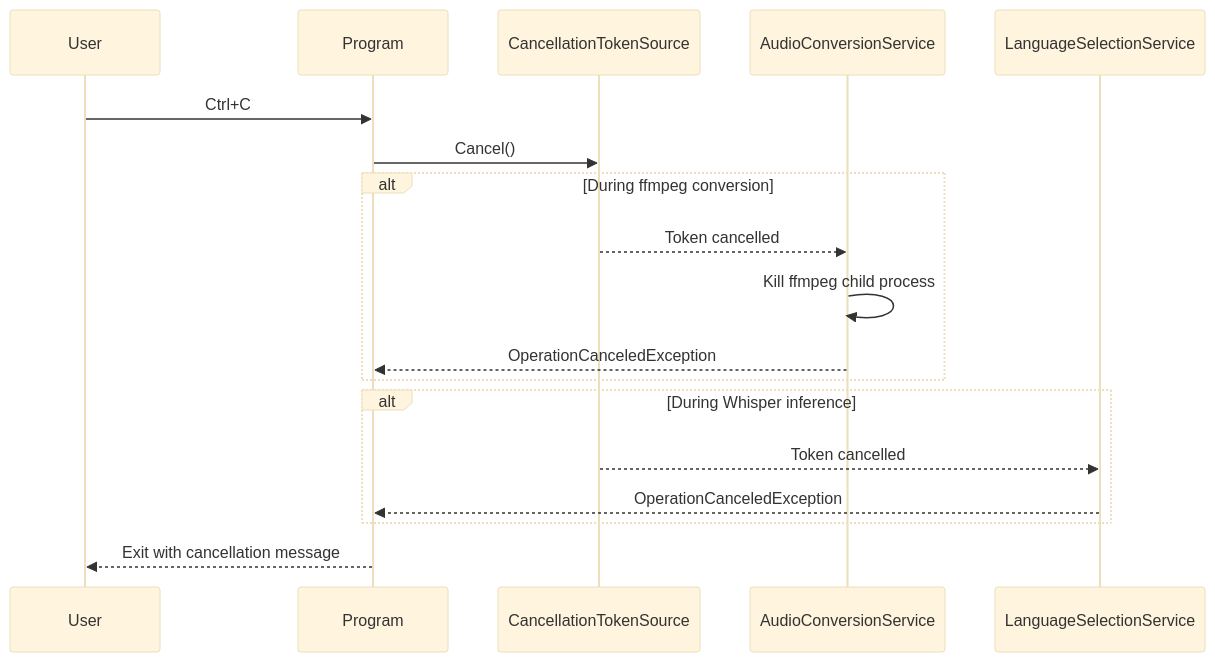
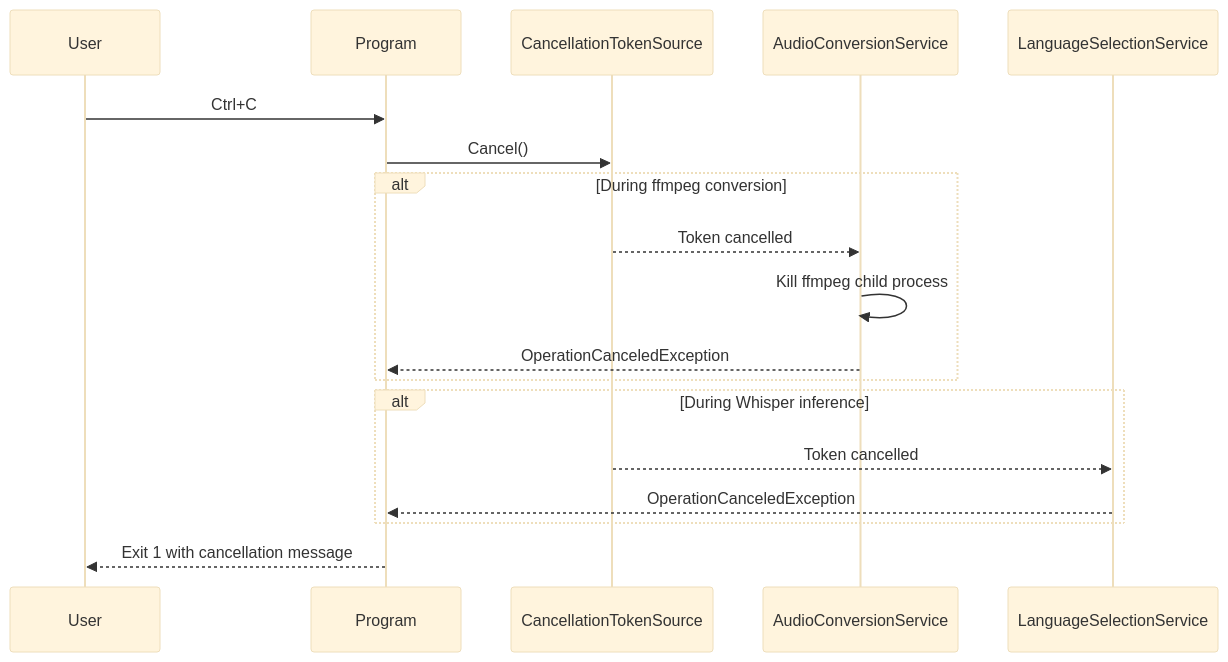
Before and after one commit to artemsemdev/WisperTestApp: the third of 6 diagrams in docs/architecture/04-runtime-sequences.md, drawn with Mermaid (base theme). The commit also changed other lines of this file and 21 other files, not shown here.

Commit message:
docs (architecture) new docs created and fixed current structure

````diff
--- a/docs/architecture/04-runtime-sequences.md
+++ b/docs/architecture/04-runtime-sequences.md
@@ -78,24 +78,24 @@
 ```mermaid
 sequenceDiagram
     participant User
     participant Program
     participant CTS as CancellationTokenSource
     participant FFmpeg as AudioConversionService
     participant Lang as LanguageSelectionService
 
     User->>Program: Ctrl+C
     Program->>CTS: Cancel()
 
     alt During ffmpeg conversion
         CTS-->>FFmpeg: Token cancelled
         FFmpeg->>FFmpeg: Kill ffmpeg child process
         FFmpeg-->>Program: OperationCanceledException
     end
 
     alt During Whisper inference
         CTS-->>Lang: Token cancelled
         Lang-->>Program: OperationCanceledException
     end
 
-    Program-->>User: Exit with cancellation message
+    Program-->>User: Exit 1 with cancellation message
 ```
````
